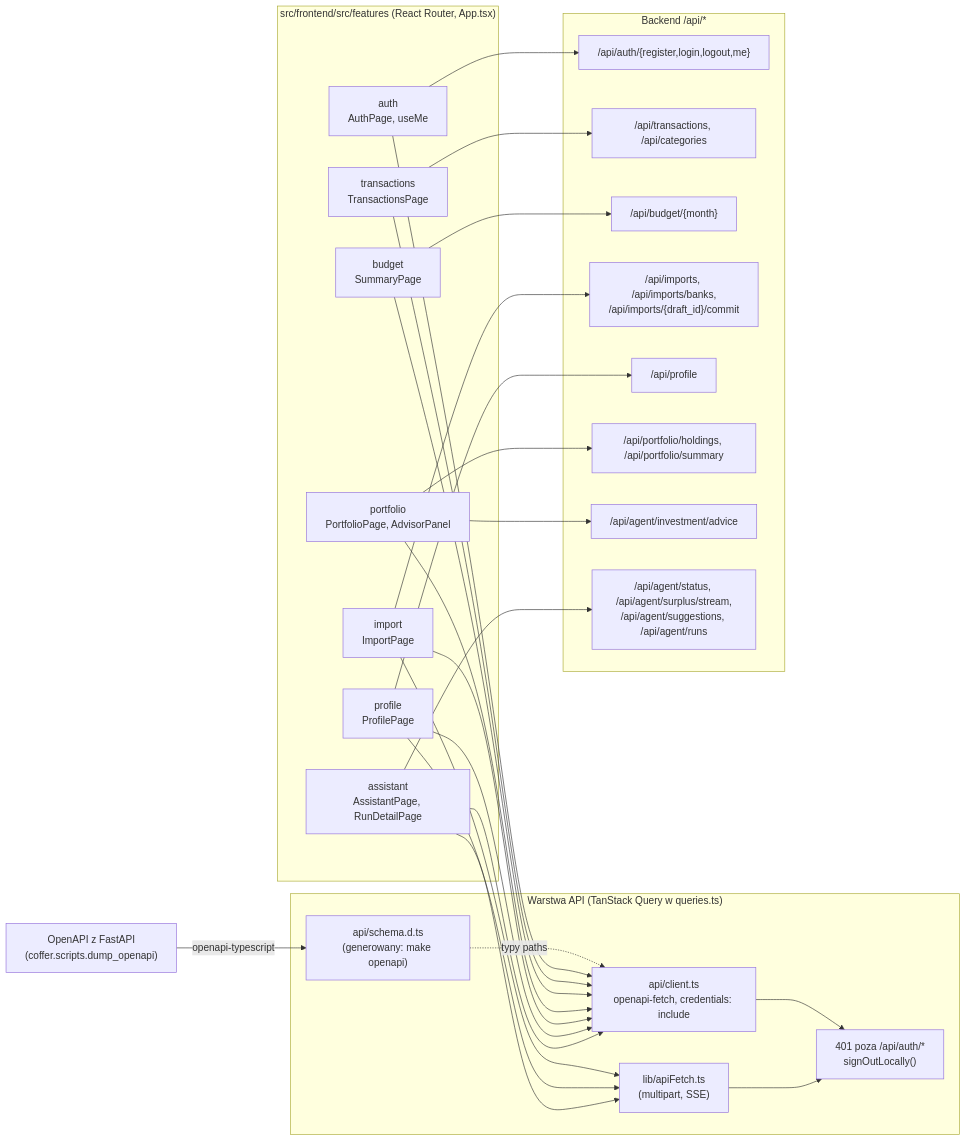
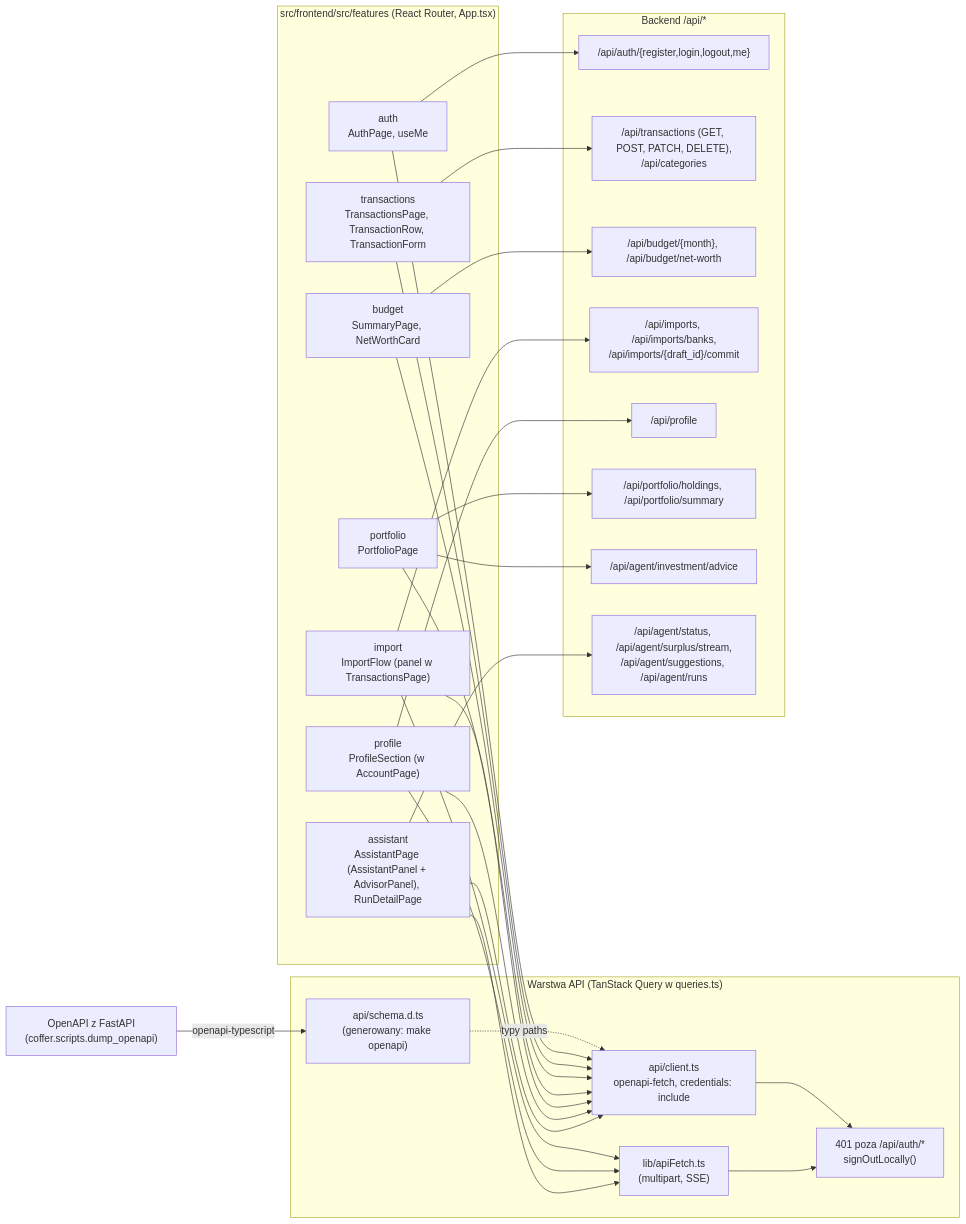
The fourth of 8 diagrams in docs/architecture.md (krzysztof-wojtowicz/coffer-demo), drawn with Mermaid before and after one commit. The commit also changed other lines of this file and 108 other files, not shown here.

````diff
--- a/docs/architecture.md
+++ b/docs/architecture.md
@@ -186,53 +188,53 @@
 ```mermaid
 flowchart LR
     subgraph pages["src/frontend/src/features (React Router, App.tsx)"]
         auth["auth<br/>AuthPage, useMe"]
-        tx["transactions<br/>TransactionsPage"]
-        bud["budget<br/>SummaryPage"]
-        imp["import<br/>ImportPage"]
-        prof["profile<br/>ProfilePage"]
-        port["portfolio<br/>PortfolioPage, AdvisorPanel"]
-        asst["assistant<br/>AssistantPage, RunDetailPage"]
+        tx["transactions<br/>TransactionsPage, TransactionRow, TransactionForm"]
+        bud["budget<br/>SummaryPage, NetWorthCard"]
+        imp["import<br/>ImportFlow (panel w TransactionsPage)"]
+        prof["profile<br/>ProfileSection (w AccountPage)"]
+        port["portfolio<br/>PortfolioPage"]
+        asst["assistant<br/>AssistantPage (AssistantPanel + AdvisorPanel), RunDetailPage"]
     end
 
     subgraph apilayer["Warstwa API (TanStack Query w queries.ts)"]
         client["api/client.ts<br/>openapi-fetch, credentials: include"]
         schema["api/schema.d.ts<br/>(generowany: make openapi)"]
         rawfetch["lib/apiFetch.ts<br/>(multipart, SSE)"]
         guard["401 poza /api/auth/*<br/>signOutLocally()"]
     end
 
     openapi["OpenAPI z FastAPI<br/>(coffer.scripts.dump_openapi)"]
 
     subgraph endpoints["Backend /api/*"]
         e_auth["/api/auth/{register,login,logout,me}"]
-        e_tx["/api/transactions, /api/categories"]
-        e_bud["/api/budget/{month}"]
+        e_tx["/api/transactions (GET, POST, PATCH, DELETE),<br/>/api/categories"]
+        e_bud["/api/budget/{month}, /api/budget/net-worth"]
         e_imp["/api/imports, /api/imports/banks,<br/>/api/imports/{draft_id}/commit"]
         e_prof["/api/profile"]
         e_port["/api/portfolio/holdings, /api/portfolio/summary"]
         e_adv["/api/agent/investment/advice"]
         e_agent["/api/agent/status, /api/agent/surplus/stream,<br/>/api/agent/suggestions, /api/agent/runs"]
     end
 
     openapi -->|"openapi-typescript"| schema
     schema -.->|"typy paths"| client
     auth & tx & bud & port --> client
     imp --> client
     imp --> rawfetch
     prof --> client
     prof --> rawfetch
     asst --> client
     asst --> rawfetch
     client --> guard
     rawfetch --> guard
 
     auth --> e_auth
     tx --> e_tx
     bud --> e_bud
     imp --> e_imp
     prof --> e_prof
     port --> e_port
     port --> e_adv
     asst --> e_agent
 ```
````
